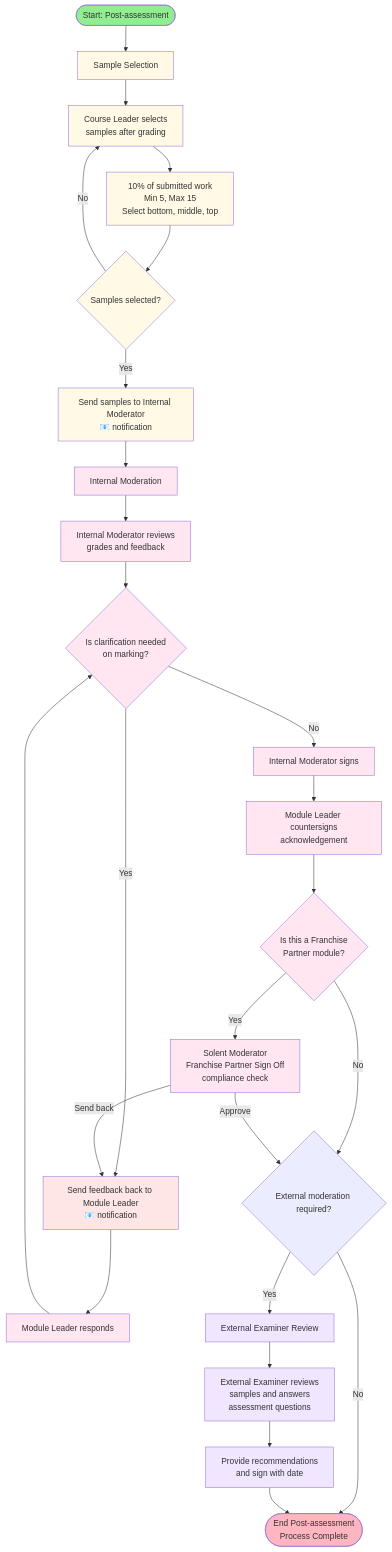
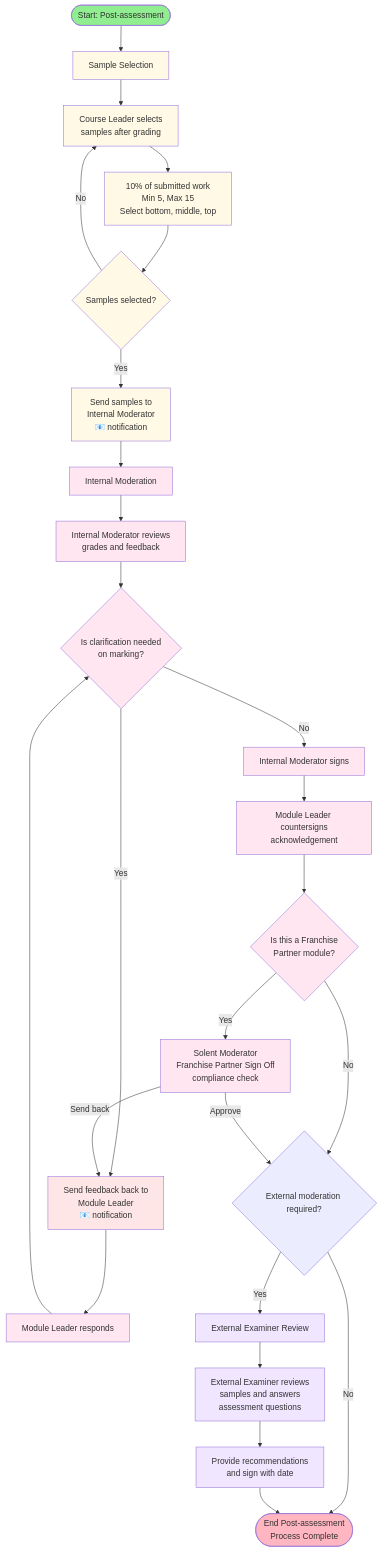
Before and after one commit to martinsolent/mod_prototype: the second of 2 diagrams in flow_chart/mod_flow_chart.md, drawn with Mermaid.

Commit message:
Fix text cutoff in SS4 and IM3 flowchart nodes

````diff
--- a/flow_chart/mod_flow_chart.md
+++ b/flow_chart/mod_flow_chart.md
@@ -31,45 +31,45 @@
 ```mermaid
 flowchart TD
     %% Workflow B: Post-assessment (after grading)
     StartB([Start: Post-assessment]) --> SS[Sample Selection]
     
     SS --> SS1[Course Leader selects
     samples after grading]
     SS1 --> SS2[10% of submitted work<br/>Min 5, Max 15<br/>Select bottom, middle, top]
     SS2 --> SS3{Samples selected?}
     SS3 -->|No| SS1
-    SS3 -->|Yes| SS4[Send samples to Internal Moderator<br/>📧 notification]
+        SS3 -->|Yes| SS4[Send samples to<br/>Internal Moderator<br/>📧 notification]
     SS4 --> IM[Internal Moderation]
     
     IM --> IM1[Internal Moderator reviews<br/>grades and feedback]
     IM1 --> IM2{Is clarification needed<br/>on marking?}
-    IM2 -->|Yes| IM3[Send feedback back to Module Leader<br/>📧 notification]
+        IM2 -->|Yes| IM3[Send feedback back to<br/>Module Leader<br/>📧 notification]
     IM3 --> IM4[Module Leader responds]
     IM4 --> IM2
     IM2 -->|No| IM5[Internal Moderator signs]
     IM5 --> IM6[Module Leader countersigns<br/>acknowledgement]
     IM6 --> IM7{Is this a Franchise<br/>Partner module?}
     IM7 -->|No| IM8{External moderation required?}
     IM7 -->|Yes| IMFP[Solent Moderator<br/>Franchise Partner Sign Off<br/>compliance check]
     IMFP -->|Send back| IM3
     IMFP -->|Approve| IM8{External moderation required?}
     
     IM8 -->|No| EndB([End Post-assessment<br/>Process Complete])
     IM8 -->|Yes| EE[External Examiner Review]
     EE --> EE1[External Examiner reviews<br/>samples and answers<br/>assessment questions]
     EE1 --> EE2[Provide recommendations<br/>and sign with date]
     EE2 --> EndB
     
     classDef start fill:#90EE90
     classDef endNode fill:#FFB6C1
     classDef sample fill:#FFF9E6
     classDef mod fill:#FFE6F0
     classDef external fill:#F0E6FF
     classDef warn fill:#FFE6E6
     class StartB start
     class EndB endNode
     class SS,SS1,SS2,SS3,SS4 sample
     class IM,IM1,IM2,IM3,IM4,IM5,IM6,IM7,IMFP mod
     class EE,EE1,EE2 external
     class IM3 warn
 ```
````
